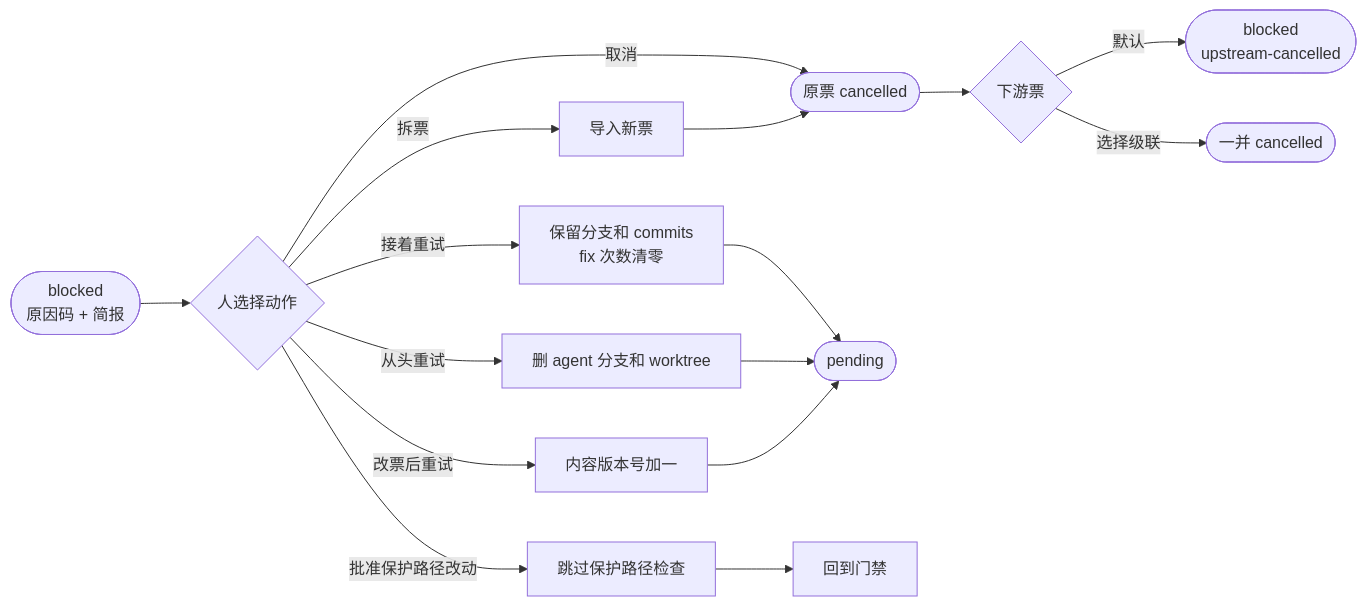
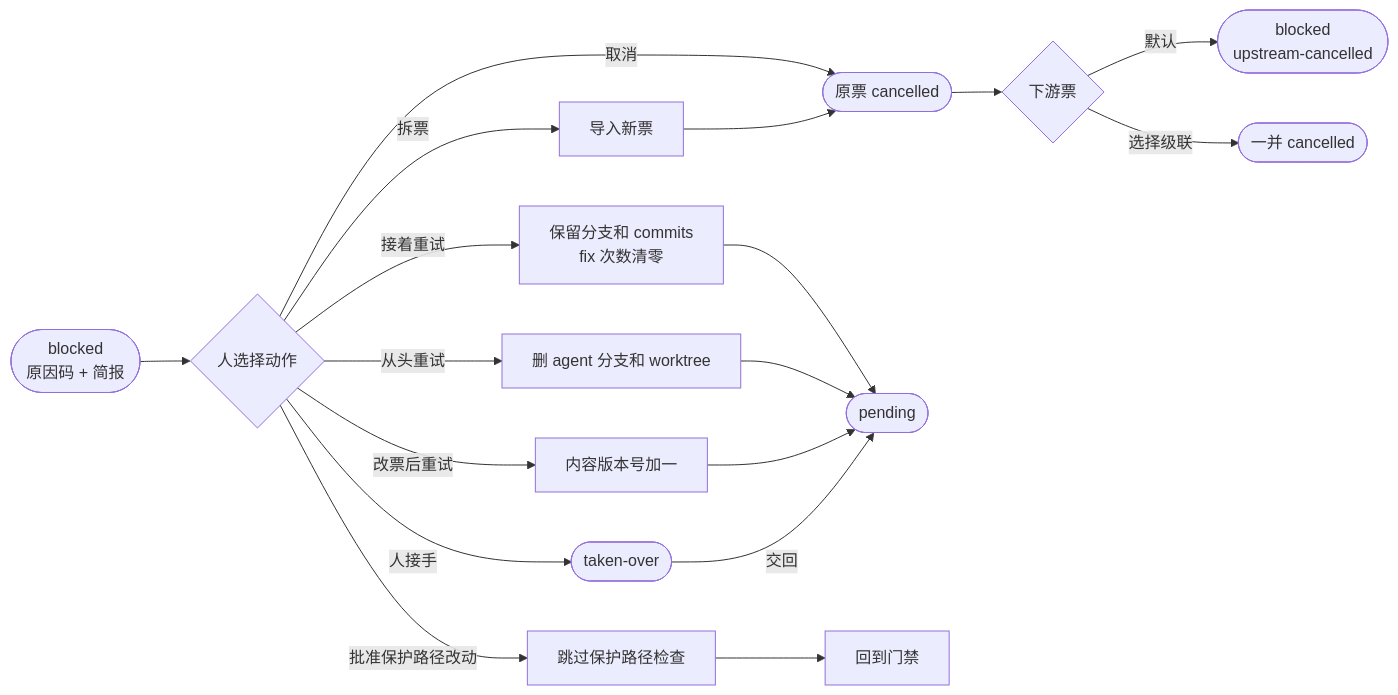
One commit to xxh171015/afk-platform changed diagram 12 of 24 in docs/design.md. Above: the diagram before and after it, drawn with Mermaid. The commit also changed other lines of this file and 22 other files, not shown here.

````diff
--- a/docs/design.md
+++ b/docs/design.md
@@ -704,18 +716,20 @@
 ```mermaid
 flowchart LR
     b(["blocked<br/>原因码 + 简报"]) --> act{"人选择动作"}
     act -->|接着重试| a1["保留分支和 commits<br/>fix 次数清零"]
     act -->|从头重试| a2["删 agent 分支和 worktree"]
     act -->|改票后重试| a3["内容版本号加一"]
+    act -->|人接手| to(["taken-over"])
     act -->|批准保护路径改动| a4["跳过保护路径检查"]
     act -->|拆票| a5["导入新票"]
     act -->|取消| c(["原票 cancelled"])
     a1 --> p(["pending"])
     a2 --> p
     a3 --> p
+    to -->|交回| p
     a4 --> g["回到门禁"]
     a5 --> c
     c --> down{"下游票"}
     down -->|默认| d1(["blocked<br/>upstream-cancelled"])
     down -->|选择级联| d2(["一并 cancelled"])
 ```
````
